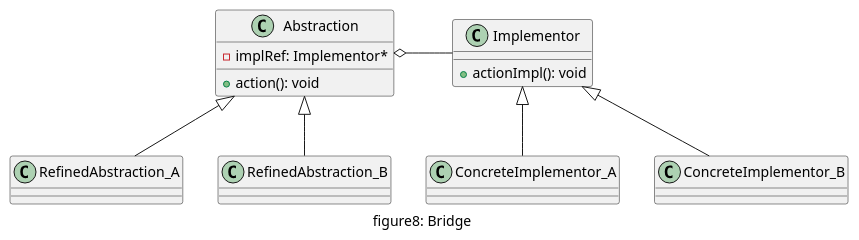
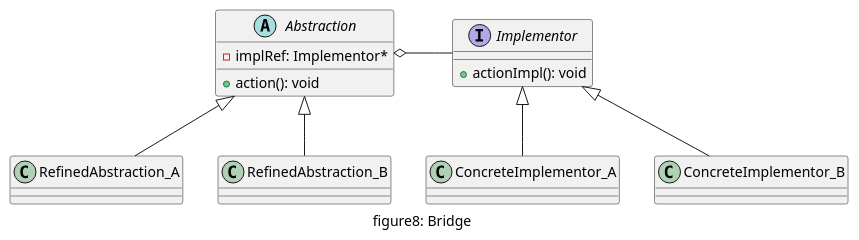
One commit to daileyet/designpattern4cplusplus changed the diagram in doc/uml/08_bridge.pu. Above: the diagram before and after it, drawn with PlantUML. The commit also changed 33 other files, not shown here.

Commit message:
add iterator and change uml before

```diff
--- a/doc/uml/08_bridge.pu
+++ b/doc/uml/08_bridge.pu
@@ -1,27 +1,27 @@
 @startuml   "figure8_bridge"
 caption figure8: Bridge
 
-class Abstraction{
+abstract class Abstraction{
     + action(): void
     - implRef: Implementor*
 }
 
-class Implementor{
+interface Implementor{
     + actionImpl(): void
 }
 
 Abstraction o-right- Implementor
 
 class RefinedAbstraction_A{}
 class RefinedAbstraction_B{}
 
 class ConcreteImplementor_A{}
 class ConcreteImplementor_B{}
 
 Abstraction <|-- RefinedAbstraction_A
 Abstraction <|-- RefinedAbstraction_B
 
 Implementor <|-- ConcreteImplementor_A
 Implementor <|-- ConcreteImplementor_B
 
 @enduml
```
